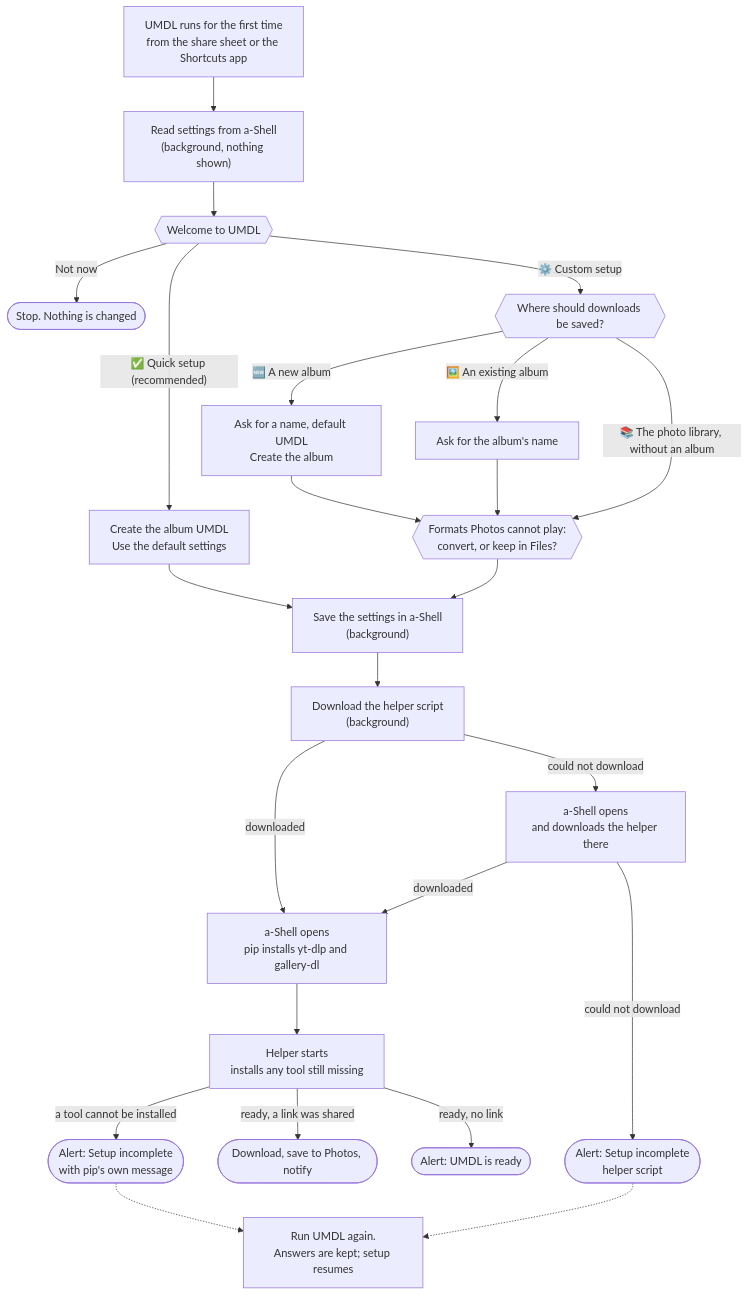
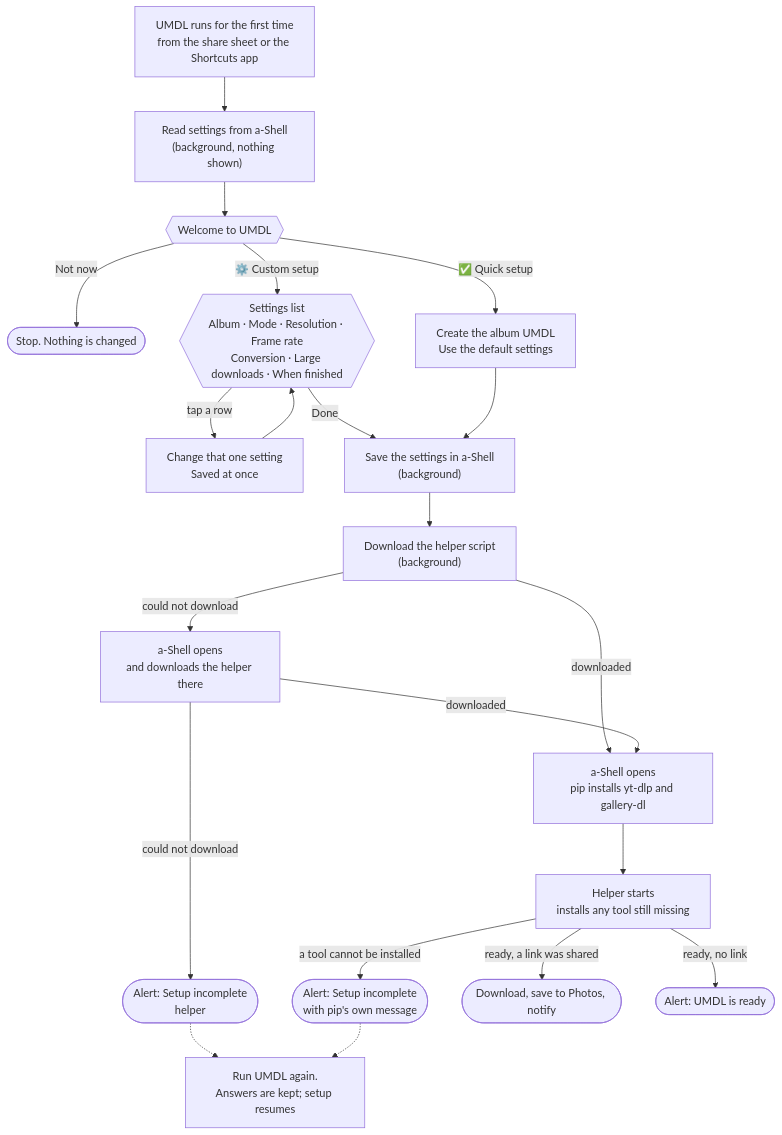
The first of 2 diagrams in docs/BEHAVIOR.md (TheKfcBandit/UMDL), drawn with Mermaid before and after one commit. The commit also changed other lines of this file and 22 other files, not shown here.

````diff
--- a/docs/BEHAVIOR.md
+++ b/docs/BEHAVIOR.md
@@ -43,26 +45,23 @@
 ```mermaid
 flowchart TD
     S["UMDL runs for the first time<br/>from the share sheet or the Shortcuts app"] --> P["Read settings from a-Shell<br/>(background, nothing shown)"]
     P --> W{{"Welcome to UMDL"}}
     W -- "Not now" --> X(["Stop. Nothing is changed"])
-    W -- "✅ Quick setup (recommended)" --> QA["Create the album UMDL<br/>Use the default settings"]
-    W -- "⚙️ Custom setup" --> C1{{"Where should downloads be saved?"}}
-    C1 -- "🆕 A new album" --> C1a["Ask for a name, default UMDL<br/>Create the album"]
-    C1 -- "🖼️ An existing album" --> C1b["Ask for the album's name"]
-    C1 -- "📚 The photo library, without an album" --> C2
-    C1a --> C2{{"Formats Photos cannot play:<br/>convert, or keep in Files?"}}
-    C1b --> C2
+    W -- "✅ Quick setup" --> QA["Create the album UMDL<br/>Use the default settings"]
+    W -- "⚙️ Custom setup" --> C{{"Settings list<br/>Album · Mode · Resolution · Frame rate<br/>Conversion · Large downloads · When finished"}}
+    C -- "tap a row" --> C1["Change that one setting<br/>Saved at once"]
+    C1 --> C
+    C -- "Done" --> SV
     QA --> SV["Save the settings in a-Shell<br/>(background)"]
-    C2 --> SV
     SV --> F["Download the helper script<br/>(background)"]
     F -- "downloaded" --> A["a-Shell opens<br/>pip installs yt-dlp and gallery-dl"]
     F -- "could not download" --> F2["a-Shell opens<br/>and downloads the helper there"]
     F2 -- "downloaded" --> A
-    F2 -- "could not download" --> E1(["Alert: Setup incomplete<br/>helper script"])
+    F2 -- "could not download" --> E1(["Alert: Setup incomplete<br/>helper"])
     A --> H["Helper starts<br/>installs any tool still missing"]
     H -- "a tool cannot be installed" --> E2(["Alert: Setup incomplete<br/>with pip's own message"])
     H -- "ready, a link was shared" --> D(["Download, save to Photos, notify"])
     H -- "ready, no link" --> R(["Alert: UMDL is ready"])
     E1 -.-> RT["Run UMDL again.<br/>Answers are kept; setup resumes"]
     E2 -.-> RT
 ```
````
